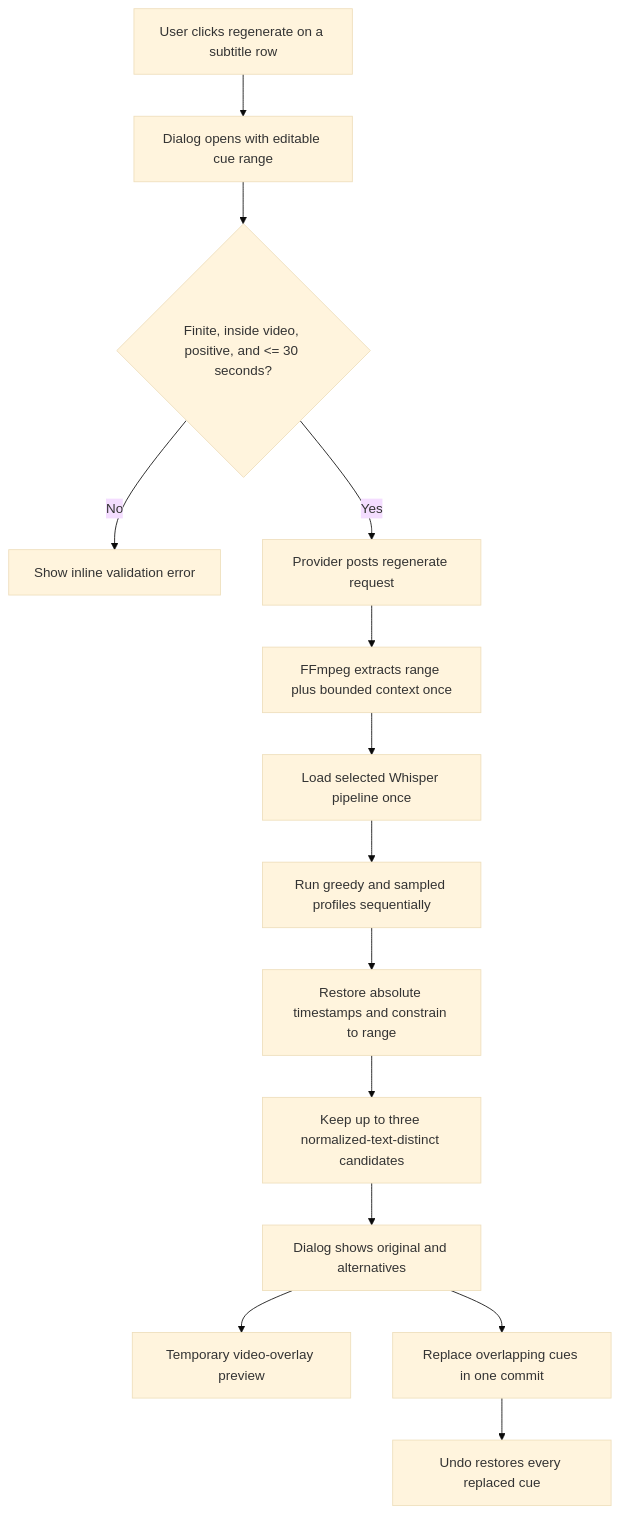
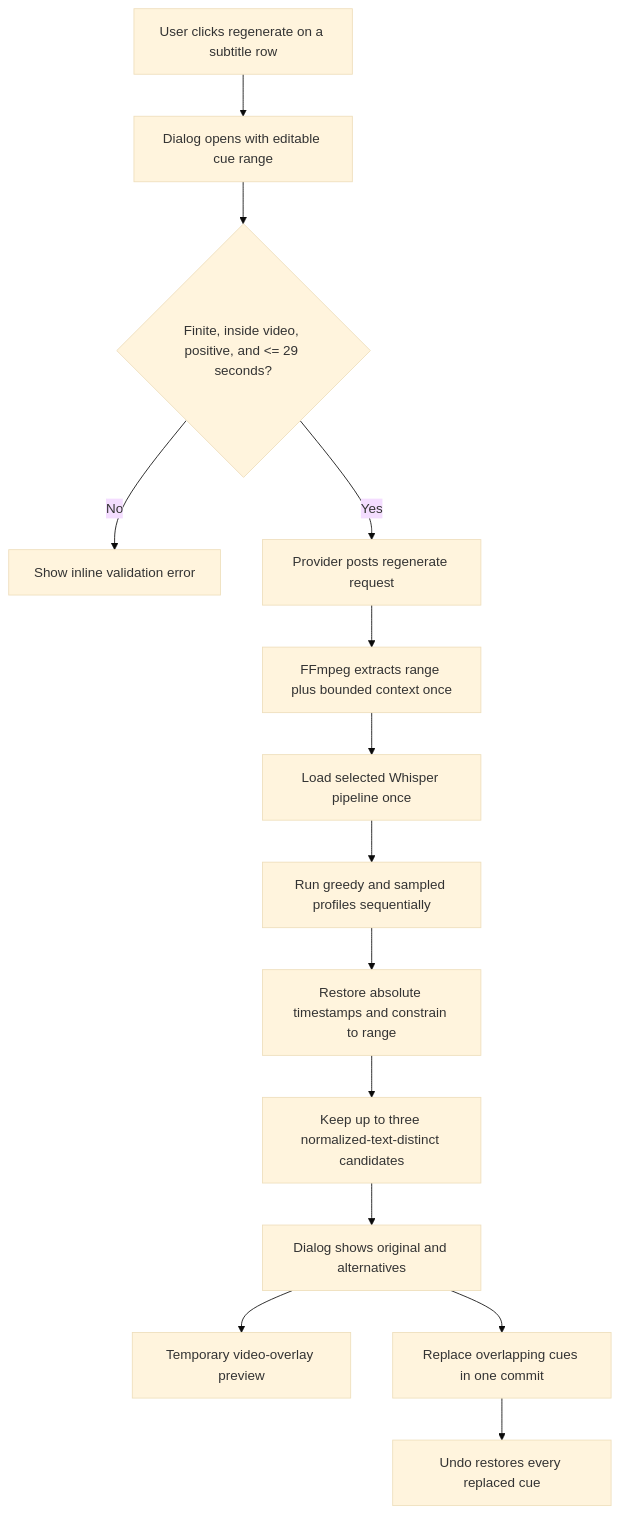
The tenth of 18 diagrams in docs/project-state.md (zxyandreay/auto-subtitle), drawn with Mermaid (base theme) before and after one commit. The commit also changed other lines of this file and 27 other files, not shown here.

````diff
--- a/docs/project-state.md
+++ b/docs/project-state.md
@@ -772,16 +798,16 @@
 ```mermaid
 flowchart TD
     Row["User clicks regenerate on a subtitle row"] --> Dialog["Dialog opens with editable cue range"]
-    Dialog --> Validate{"Finite, inside video, positive, and <= 30 seconds?"}
+    Dialog --> Validate{"Finite, inside video, positive, and <= 29 seconds?"}
     Validate -->|No| RangeError["Show inline validation error"]
     Validate -->|Yes| Request["Provider posts regenerate request"]
     Request --> Extract["FFmpeg extracts range plus bounded context once"]
     Extract --> Load["Load selected Whisper pipeline once"]
     Load --> Profiles["Run greedy and sampled profiles sequentially"]
     Profiles --> Normalize["Restore absolute timestamps and constrain to range"]
     Normalize --> Dedupe["Keep up to three normalized-text-distinct candidates"]
     Dedupe --> Compare["Dialog shows original and alternatives"]
     Compare --> Preview["Temporary video-overlay preview"]
     Compare --> Apply["Replace overlapping cues in one commit"]
     Apply --> Undo["Undo restores every replaced cue"]
 ```
````
